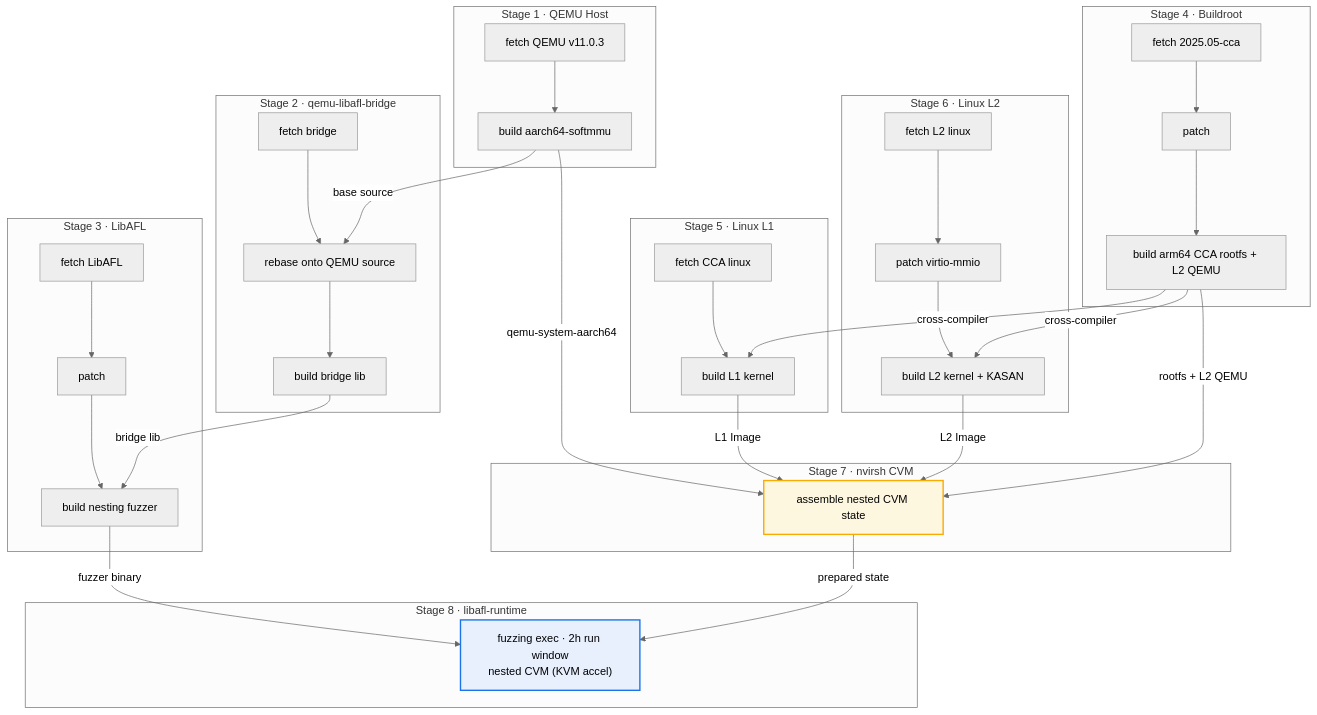
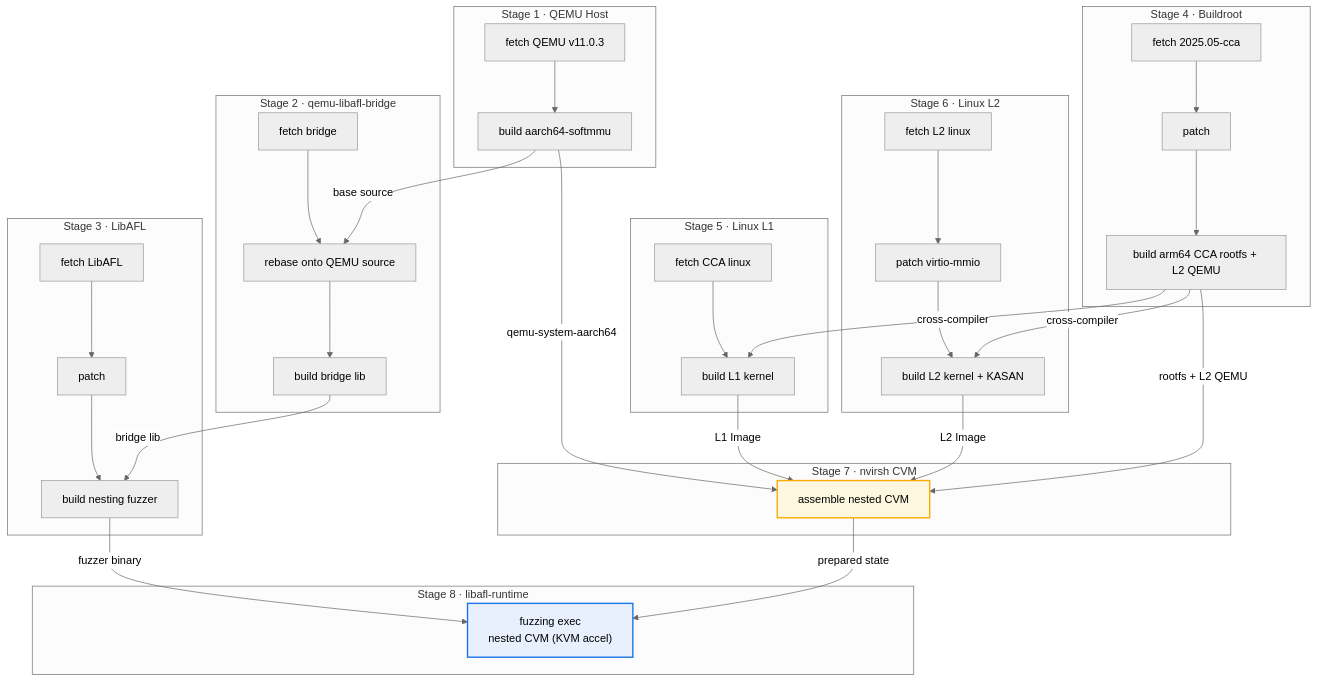
One commit to cyruscyliu/cyruscyliu.github.io changed the diagram in b/src/content/blog/zh/syssec-not-hard-anymore.md. Above: the diagram before and after it, drawn with Mermaid (neutral theme). The commit also changed other lines of this file and 17 other files, not shown here.

````diff
--- a/b/src/content/blog/zh/syssec-not-hard-anymore.md
+++ b/b/src/content/blog/zh/syssec-not-hard-anymore.md
@@ -48,41 +46,41 @@
 ```mermaid
 flowchart TD
     subgraph S1["Stage 1 · QEMU Host"]
         A1["fetch QEMU v11.0.3"] --> A2["build aarch64-softmmu"]
     end
     subgraph S2["Stage 2 · qemu-libafl-bridge"]
         B1["fetch bridge"] --> B2["rebase onto QEMU source"] --> B3["build bridge lib"]
     end
     subgraph S3["Stage 3 · LibAFL"]
         C1["fetch LibAFL"] --> C2["patch"] --> C3["build nesting fuzzer"]
     end
     subgraph S4["Stage 4 · Buildroot"]
         D1["fetch 2025.05-cca"] --> D2["patch"] --> D3["build arm64 CCA rootfs + L2 QEMU"]
     end
     subgraph S5["Stage 5 · Linux L1"]
         E1["fetch CCA linux"] --> E2["build L1 kernel"]
     end
     subgraph S6["Stage 6 · Linux L2"]
         F1["fetch L2 linux"] --> F2["patch virtio-mmio"] --> F3["build L2 kernel + KASAN"]
     end
     subgraph S7["Stage 7 · nvirsh CVM"]
-        G1["assemble nested CVM state"]
+        G1["assemble nested CVM"]
     end
     subgraph S8["Stage 8 · libafl-runtime"]
-        H1["fuzzing exec · 2h run window<br/>nested CVM (KVM accel)"]
+        H1["fuzzing exec <br/>nested CVM (KVM accel)"]
     end
 
     A2 -- "base source" --> B2
     A2 -- "qemu-system-aarch64" --> G1
     B3 -- "bridge lib" --> C3
     D3 -- "cross-compiler" --> E2
     D3 -- "cross-compiler" --> F3
     E2 -- "L1 Image" --> G1
     F3 -- "L2 Image" --> G1
     D3 -- "rootfs + L2 QEMU" --> G1
     C3 -- "fuzzer binary" --> H1
     G1 -- "prepared state" --> H1
 
     style H1 fill:#e8f0fe,stroke:#1a73e8,stroke-width:2px
     style G1 fill:#fef7e0,stroke:#f9ab00,stroke-width:2px
 ```
````
